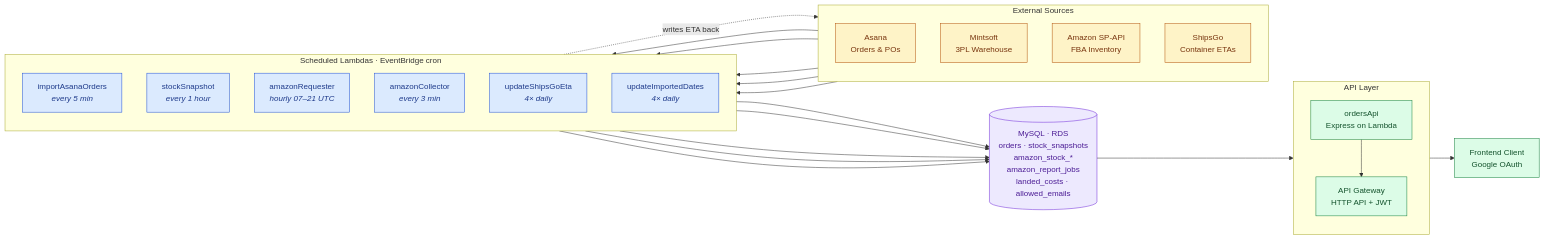
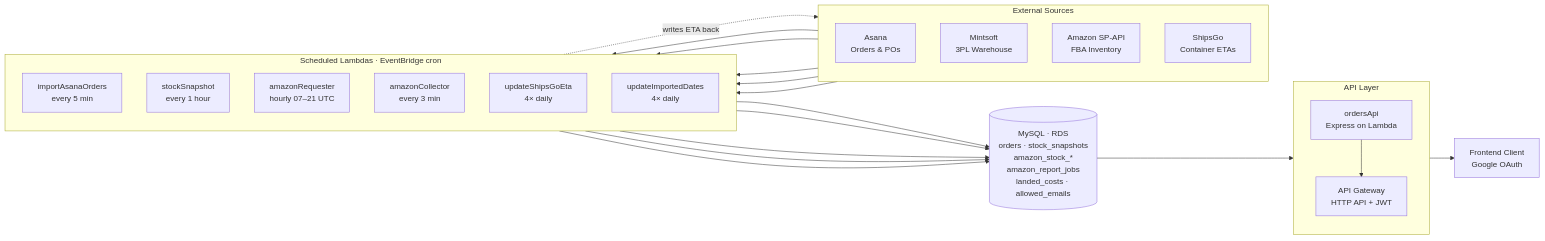
One commit to Built-form/shipping changed the first of 4 diagrams in README.md. Above: the diagram before and after it, drawn with Mermaid. The commit also changed other lines of this file, not shown here.

````diff
--- a/README.md
+++ b/README.md
@@ -17,55 +17,45 @@
 ```mermaid
 flowchart LR
     subgraph sources["External Sources"]
         direction TB
         Asana[Asana<br/>Orders &amp; POs]
         Mint[Mintsoft<br/>3PL Warehouse]
         SPAPI[Amazon SP-API<br/>FBA Inventory]
         Ships[ShipsGo<br/>Container ETAs]
     end
 
     subgraph lambdas["Scheduled Lambdas · EventBridge cron"]
         direction TB
-        L1[importAsanaOrders<br/><i>every 5 min</i>]
-        L2[stockSnapshot<br/><i>every 1 hour</i>]
-        L3[amazonRequester<br/><i>hourly 07–21 UTC</i>]
-        L4[amazonCollector<br/><i>every 3 min</i>]
-        L5[updateShipsGoEta<br/><i>4× daily</i>]
-        L6[updateImportedDates<br/><i>4× daily</i>]
+        L1[importAsanaOrders<br/>every 5 min]
+        L2[stockSnapshot<br/>every 1 hour]
+        L3[amazonRequester<br/>hourly 07–21 UTC]
+        L4[amazonCollector<br/>every 3 min]
+        L5[updateShipsGoEta<br/>4× daily]
+        L6[updateImportedDates<br/>4× daily]
     end
 
     DB[("MySQL · RDS<br/>orders · stock_snapshots<br/>amazon_stock_*<br/>amazon_report_jobs<br/>landed_costs · allowed_emails")]
 
     subgraph api["API Layer"]
         direction TB
         Express[ordersApi<br/>Express on Lambda]
         Gateway[API Gateway<br/>HTTP API + JWT]
     end
 
     Client[Frontend Client<br/>Google OAuth]
 
     Asana --> L1
     Mint  --> L2
     SPAPI --> L3
     SPAPI --> L4
     Ships --> L5
     L5 -. writes ETA back .-> Asana
 
     L1 --> DB
     L2 --> DB
     L3 --> DB
     L4 --> DB
     L6 --> DB
 
     DB --> Express --> Gateway --> Client
-
-    classDef src fill:#fef3c7,stroke:#b45309,color:#78350f;
-    classDef fn  fill:#dbeafe,stroke:#1d4ed8,color:#1e3a8a;
-    classDef store fill:#ede9fe,stroke:#6d28d9,color:#4c1d95;
-    classDef edge fill:#dcfce7,stroke:#15803d,color:#14532d;
-
-    class Asana,Mint,SPAPI,Ships src;
-    class L1,L2,L3,L4,L5,L6 fn;
-    class DB store;
-    class Express,Gateway,Client edge;
 ```
````
